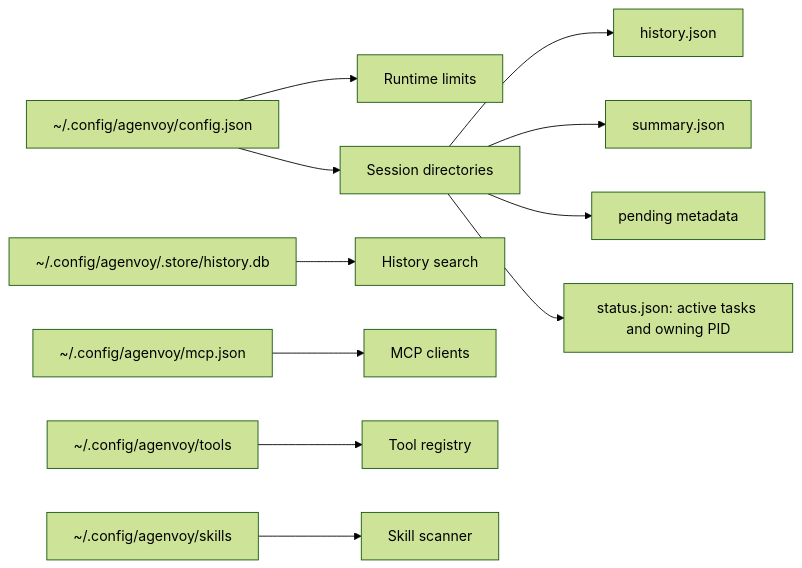
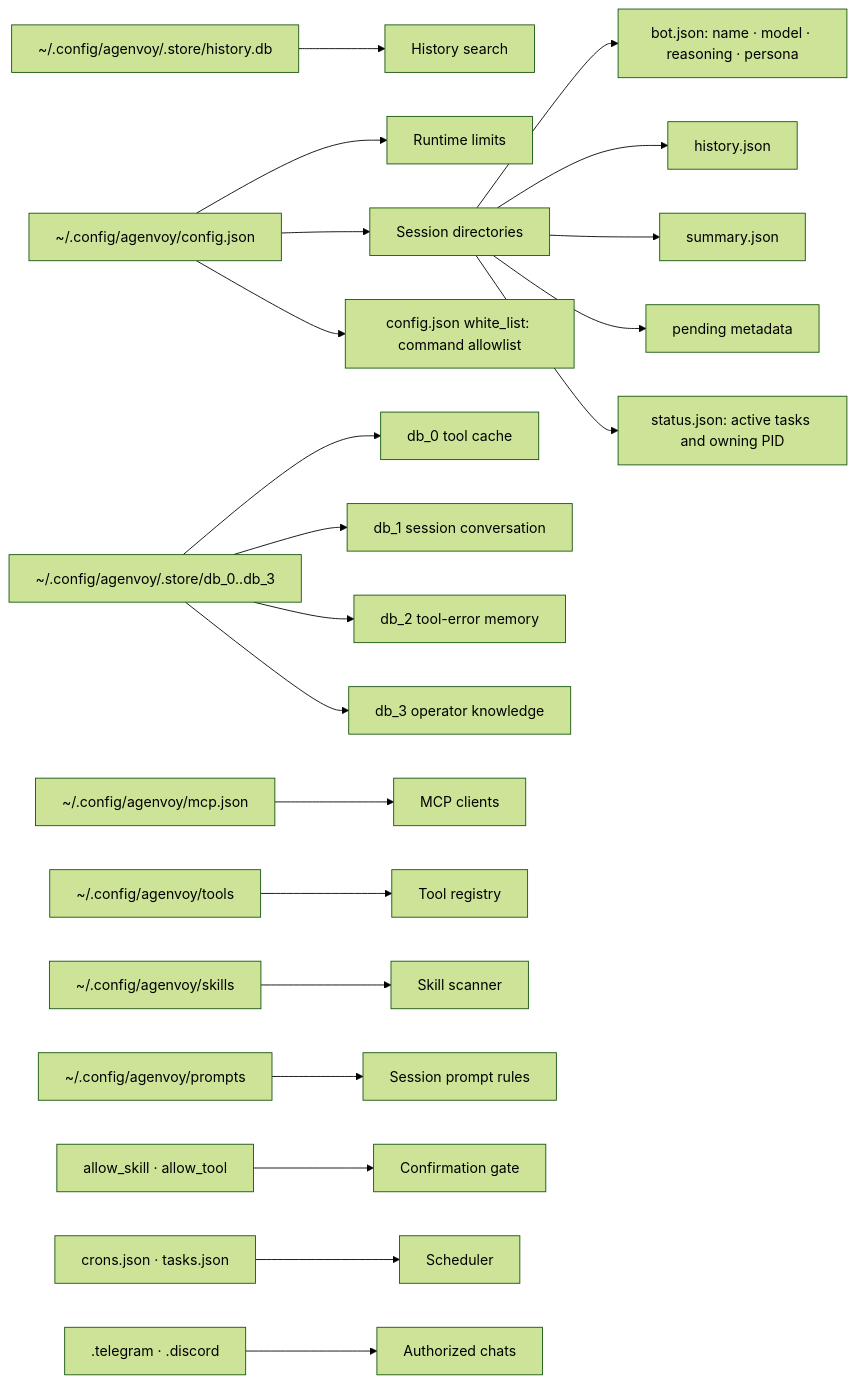
One commit to agenvoy/Agenvoy changed diagram 12 of 12 in doc/architecture.md. Above: the diagram before and after it, drawn with Mermaid (forest theme). The commit also changed other lines of this file and 3 other files, not shown here.

Commit message:
doc: Update architecture and API documentation

````diff
--- a/doc/architecture.md
+++ b/doc/architecture.md
@@ -272,13 +274,23 @@
 ```mermaid
 flowchart LR
     Config[~/.config/agenvoy/config.json] --> Limits[Runtime limits]
     Config --> Sessions[Session directories]
+    Sessions --> Bot[bot.json: name · model · reasoning · persona]
     Sessions --> History[history.json]
     Sessions --> Summary[summary.json]
     Sessions --> Pending[pending metadata]
     Sessions --> Status[status.json: active tasks and owning PID]
     SQLite[~/.config/agenvoy/.store/history.db] --> Search[History search]
+    Torii[~/.config/agenvoy/.store/db_0..db_3] --> ToolCache[db_0 tool cache]
+    Torii --> SessionHist[db_1 session conversation]
+    Torii --> ErrorMemory[db_2 tool-error memory]
+    Torii --> Knowledge[db_3 operator knowledge]
     MCP[~/.config/agenvoy/mcp.json] --> MCPClients[MCP clients]
     Tools[~/.config/agenvoy/tools] --> Registry[Tool registry]
     Skills[~/.config/agenvoy/skills] --> Scanner[Skill scanner]
+    Prompts[~/.config/agenvoy/prompts] --> Rules[Session prompt rules]
+    Allow[allow_skill · allow_tool] --> Gate[Confirmation gate]
+    Config --> CmdAllow[config.json white_list: command allowlist]
+    Schedule[crons.json · tasks.json] --> Scheduler[Scheduler]
+    Auth[.telegram · .discord] --> Channels[Authorized chats]
 ```
````
